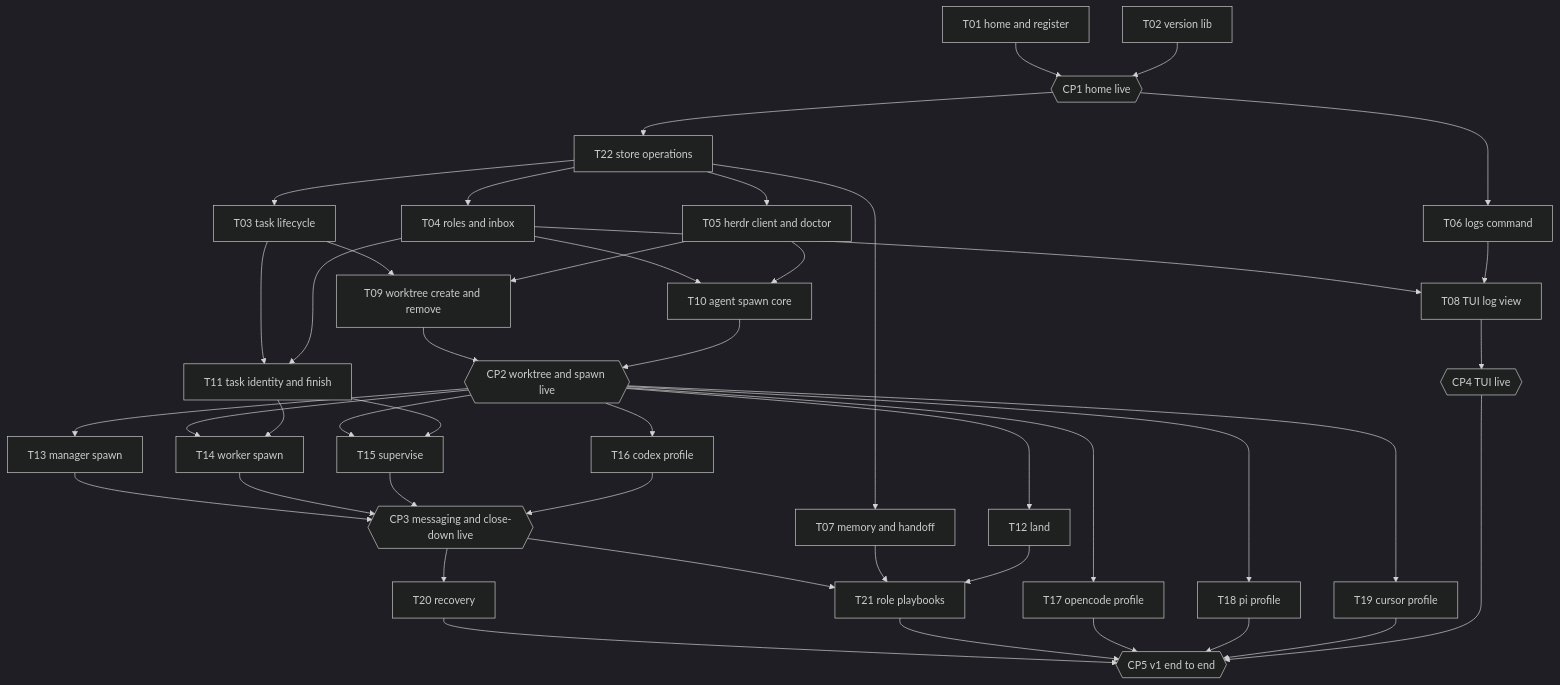
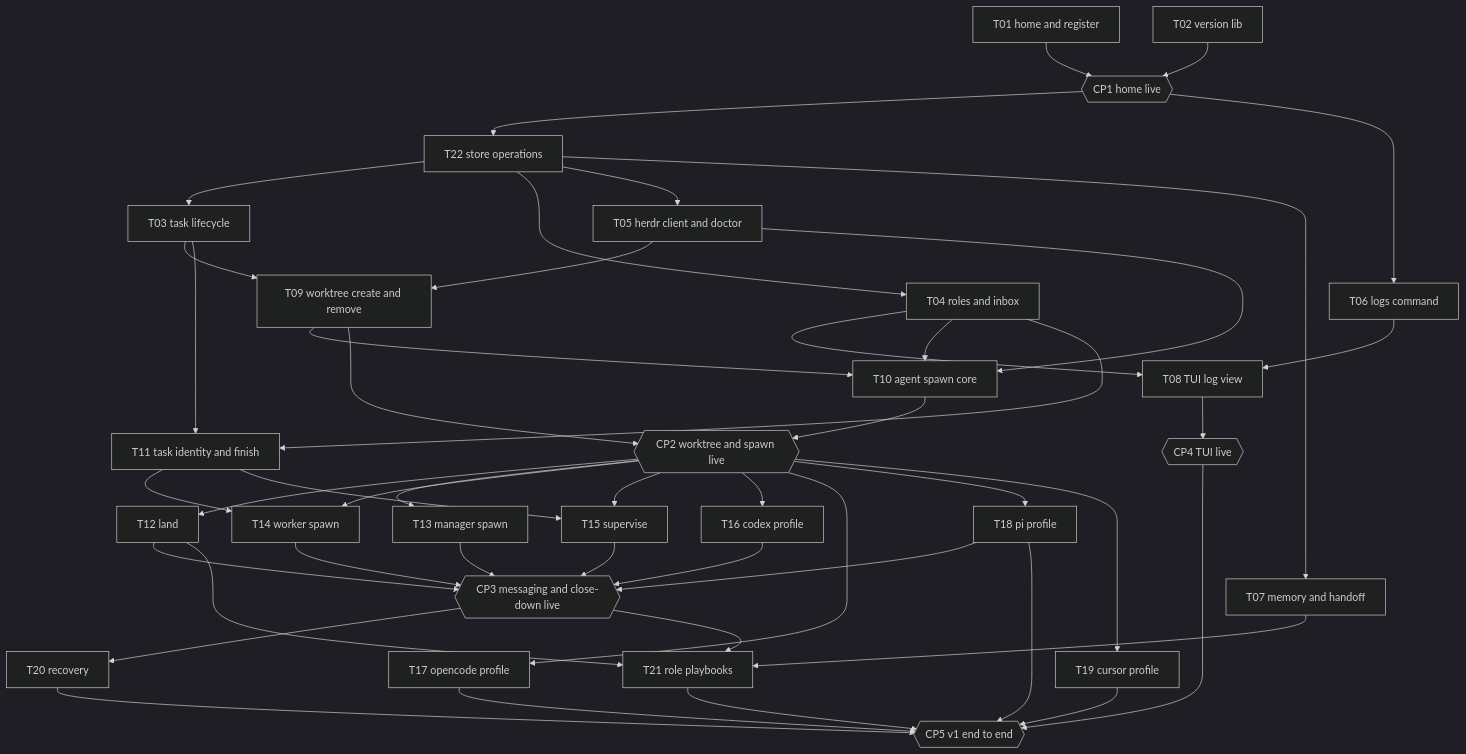
Before and after one commit to Harrison-Blair/hive: the diagram in spec/hive-v1/05-tracker.md, drawn with Mermaid (dark theme). The commit also changed other lines of this file and 14 other files, not shown here.

````diff
--- a/spec/hive-v1/05-tracker.md
+++ b/spec/hive-v1/05-tracker.md
@@ -38,46 +38,49 @@
 ```mermaid
 flowchart TD
     T01["T01 home and register"] --> CP1{{"CP1 home live"}}
     T02["T02 version lib"] --> CP1
     CP1 --> T22["T22 store operations"]
     CP1 --> T06["T06 logs command"]
     T22 --> T03["T03 task lifecycle"]
     T22 --> T04["T04 roles and inbox"]
     T22 --> T05["T05 herdr client and doctor"]
     T22 --> T07["T07 memory and handoff"]
     T04 --> T08["T08 TUI log view"]
     T06 --> T08
     T03 --> T09["T09 worktree create and remove"]
     T05 --> T09
-    T04 --> T10["T10 agent spawn core"]
+    T09 --> T10["T10 agent spawn core"]
+    T04 --> T10
     T05 --> T10
     T03 --> T11["T11 task identity and finish"]
     T04 --> T11
     T08 --> CP4{{"CP4 TUI live"}}
     T09 --> CP2{{"CP2 worktree and spawn live"}}
     T10 --> CP2
     CP2 --> T12["T12 land"]
+    T12 --> CP3
     CP2 --> T13["T13 manager spawn"]
     CP2 --> T14["T14 worker spawn"]
     T11 --> T14
     CP2 --> T15["T15 supervise"]
     T11 --> T15
     CP2 --> T16["T16 codex profile"]
     CP2 --> T17["T17 opencode profile"]
     CP2 --> T18["T18 pi profile"]
+    T18 --> CP3
     CP2 --> T19["T19 cursor profile"]
     T13 --> CP3{{"CP3 messaging and close-down live"}}
     T14 --> CP3
     T15 --> CP3
     T16 --> CP3
     CP3 --> T20["T20 recovery"]
     CP3 --> T21["T21 role playbooks"]
     T07 --> T21
     T12 --> T21
     T20 --> CP5{{"CP5 v1 end to end"}}
     T21 --> CP5
     T17 --> CP5
     T18 --> CP5
     T19 --> CP5
     CP4 --> CP5
 ```
````
